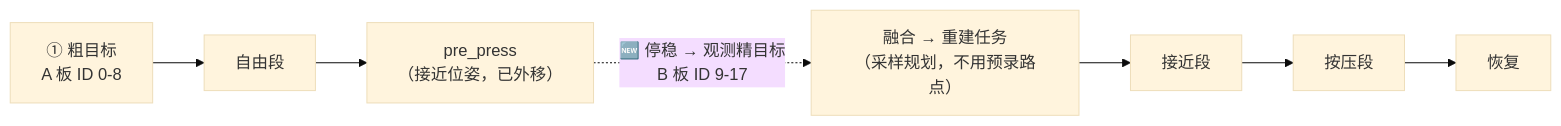
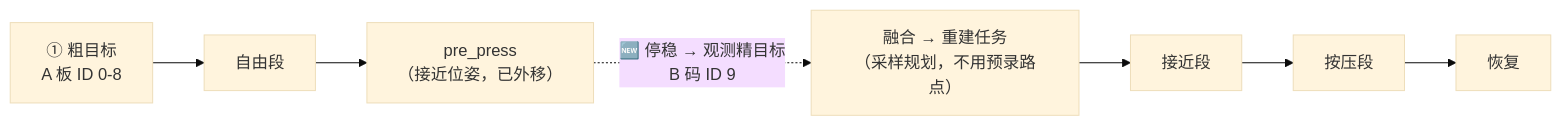
Before and after one commit to chow416/piper_ws: the diagram in docs/superpowers/specs/2026-10-12-visual-refinement-design.md, drawn with Mermaid (base theme). The commit also changed other lines of this file, not shown here.

````diff
--- a/docs/superpowers/specs/2026-10-12-visual-refinement-design.md
+++ b/docs/superpowers/specs/2026-10-12-visual-refinement-design.md
@@ -106,7 +107,7 @@
 ```mermaid
 flowchart LR
     A["① 粗目标<br/>A 板 ID 0-8"] --> B["自由段"]
     B --> C["pre_press<br/>（接近位姿，已外移）"]
-    C -.->|"🆕 停稳 → 观测精目标<br/>B 板 ID 9-17"| D["融合 → 重建任务<br/>（采样规划，不用预录路点）"]
+    C -.->|"🆕 停稳 → 观测精目标<br/>B 码 ID 9"| D["融合 → 重建任务<br/>（采样规划，不用预录路点）"]
     D --> E["接近段"] --> F["按压段"] --> G["恢复"]
 ```
````
